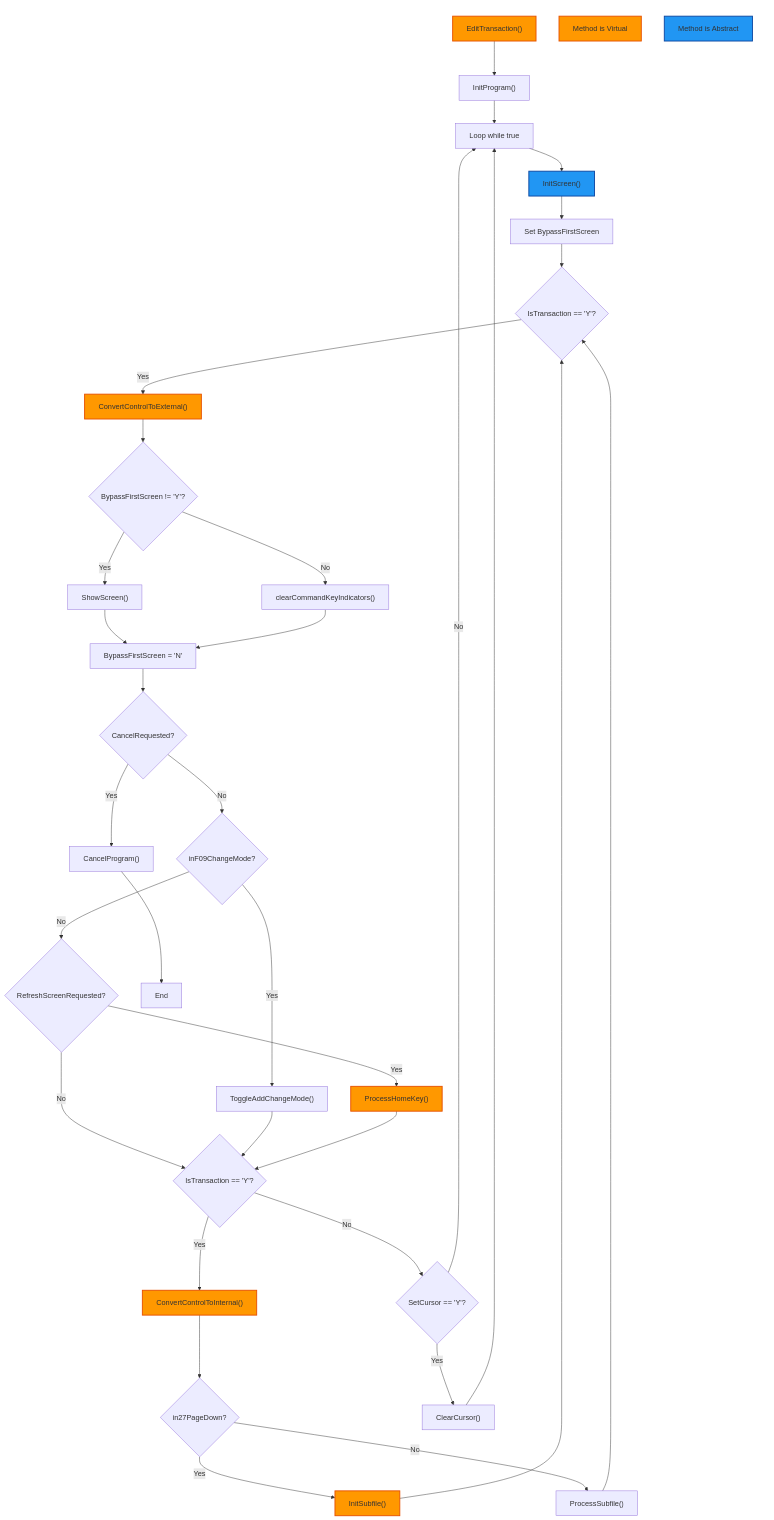
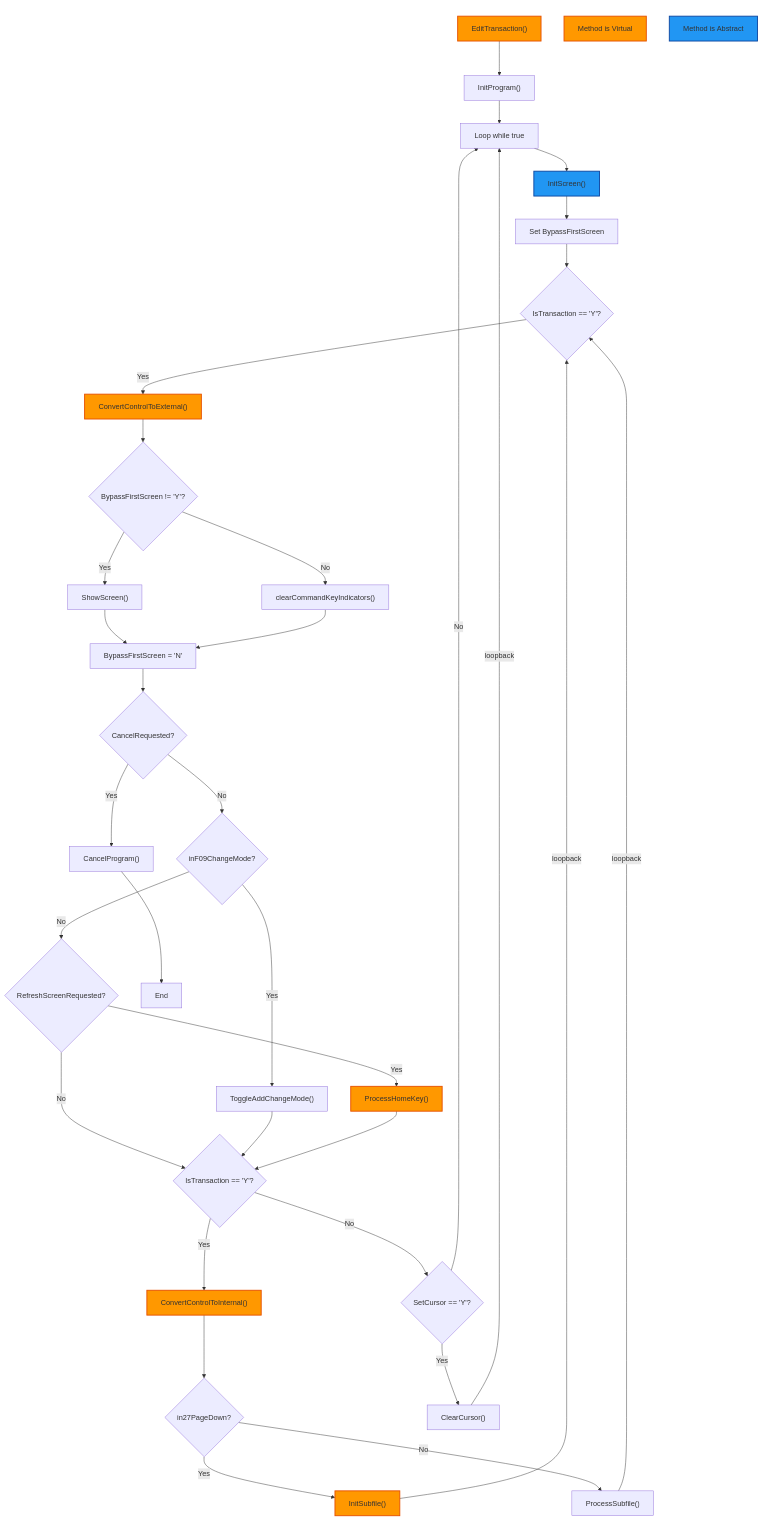
One commit to asnaqsys/asnaqsys.github.io changed the first of 2 diagrams in manuals/escape/fx/edit-transaction-function.md. Above: the diagram before and after it, drawn with Mermaid. The commit also changed 4 other files, not shown here.

Commit message:
Simplify flowchart and label loopbacks.

```diff
--- a/manuals/escape/fx/edit-transaction-function.md
+++ b/manuals/escape/fx/edit-transaction-function.md
@@ -39,52 +39,52 @@
 <pre class="mermaid">
 
 flowchart TD
     A["EditTransaction()"] --> B["InitProgram()"]
     B --> C["Loop while true"]
     C --> D["InitScreen()"]
     D --> E["Set BypassFirstScreen"]
     E --> F{"IsTransaction == 'Y'?"}
     F -->|Yes| G["ConvertControlToExternal()"]
     G --> H{"BypassFirstScreen != 'Y'?"}
     H -->|Yes| I["ShowScreen()"]
     H -->|No| J["clearCommandKeyIndicators()"]
     I --> K["BypassFirstScreen = 'N'"]
     J --> K
     K --> L{"CancelRequested?"}
     L -->|Yes| M["CancelProgram()"]
     L -->|No| N{"inF09ChangeMode?"}
     N -->|Yes| O["ToggleAddChangeMode()"]
     N -->|No| P{"RefreshScreenRequested?"}
     P -->|Yes| Q["ProcessHomeKey()"]
     P -->|No| S
     O --> S{"IsTransaction == 'Y'?"}
     Q --> S
     S -->|Yes| T["ConvertControlToInternal()"]
     T --> U{"in27PageDown?"}
     U -->|Yes| V["InitSubfile()"]
     U -->|No| W["ProcessSubfile()"]
-    V --> F
-    W --> F
+    V --> |loopback| F
+    W --> |loopback| F
     S -->|No| X{"SetCursor == 'Y'?"}
     X -->|Yes| Y["ClearCursor()"]
     X -->|No| C
-    Y --> C
+    Y --> |loopback| C
     M --> Z["End"]
 
    subgraph subA [" "]
       A
       VirtualTag["Method is Virtual"]
       AbstractTag["Method is Abstract"]
       class VirtualTag virtual;
       class AbstractTag abstract;
    end
 
    classDef virtual fill:#ff9800,stroke:#e65100,stroke-width:2px;
    classDef abstract fill:#2196f3,stroke:#0d47a1,stroke-width:2px;
    classDef colorKey fill:transparent,stroke-width:0;
    class subA colorKey
 
    class A,G,Q,T,V virtual;
    class D abstract;
 
 </pre>
```
